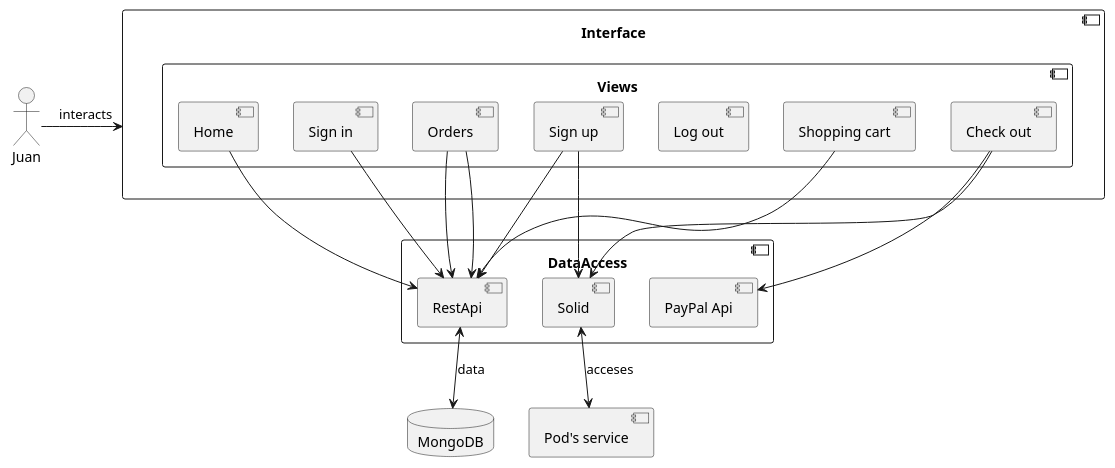
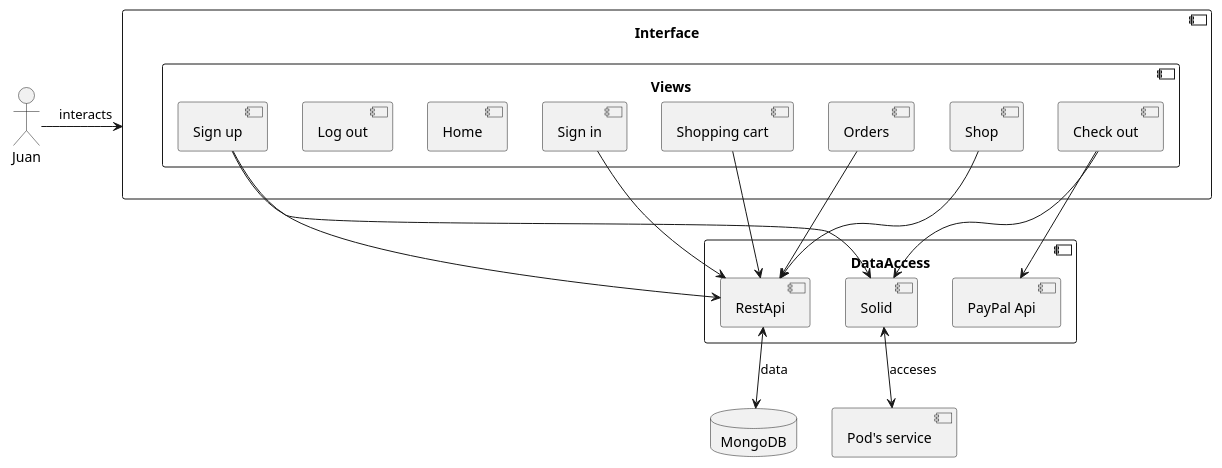
Before and after one commit to Arquisoft/dede_en2a: the third of 3 diagrams in docs/05_building_block_view.adoc, drawn with PlantUML. The commit also changed other lines of this file and 1 other file, not shown here.

Commit message:
Image and documentation updated

```diff
--- a/docs/05_building_block_view.adoc
+++ b/docs/05_building_block_view.adoc
@@ -75,41 +75,44 @@
 [plantuml, "level3", png]
 ----
 Actor Juan
 
 Component Interface{
     Component vi as "Views"{
+       Component ho as "Home"
+       Component sh as "Shopping cart"
+       Component sho as "Shop"
        Component lo as "Sign in"
        Component re as "Sign up"
-       Component out as "Log out"
-       Component ho as "Home"
+       Component out as "Log out"       
        Component my as "Orders"
-       Component sh as "Shopping cart"
        Component ck as "Check out"
     }    
 }
 
 Component DataAccess{
        Component sol as "Solid"
        Component res as "RestApi"
        Component pay as "PayPal Api"
 }
 
 Component pod as "Pod's service"
 Database db as "MongoDB"
 Juan -right->Interface: interacts
 
-re -down-> sol
+re -right-> sol
 ck -down-> sol
+
+re-right->res
+sho-right->res
+lo-right->res
+sh-right->res
+my-right->res
+
 
 ck -down-> pay
 
-lo -down-> res
-re -down-> res 
-my -down-> res
-my -down-> res
-ho -down-> res
-sh -down-> res
+
 
 sol <-down-> pod:acceses
 res <-down-> db:data
 ----
```
